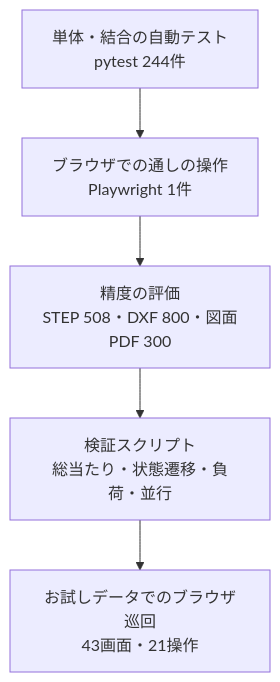
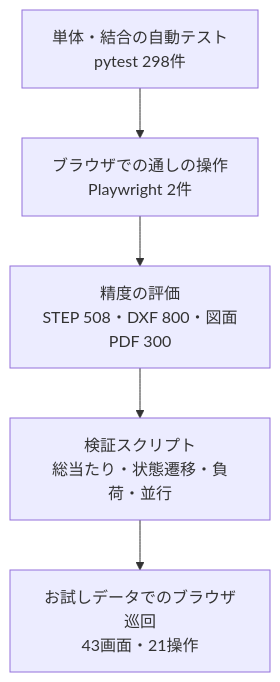
The diagram in docs/09_テスト報告書.md (1975020t/step_analysis_for_automatic-estimate), drawn with Mermaid before and after one commit. The commit also changed other lines of this file and 25 other files, not shown here.

````diff
--- a/docs/09_テスト報告書.md
+++ b/docs/09_テスト報告書.md
@@ -35,7 +35,7 @@
 ```mermaid 図 試験の層（上ほど細かく速い、下ほど実際の使い方に近い）
 flowchart TD
-  u[単体・結合の自動テスト<br/>pytest 244件] --> e[ブラウザでの通しの操作<br/>Playwright 1件]
+  u[単体・結合の自動テスト<br/>pytest 298件] --> e[ブラウザでの通しの操作<br/>Playwright 2件]
   e --> g[精度の評価<br/>STEP 508・DXF 800・図面PDF 300]
   g --> v[検証スクリプト<br/>総当たり・状態遷移・負荷・並行]
   v --> b[お試しデータでのブラウザ巡回<br/>43画面・21操作]
 ```
````
